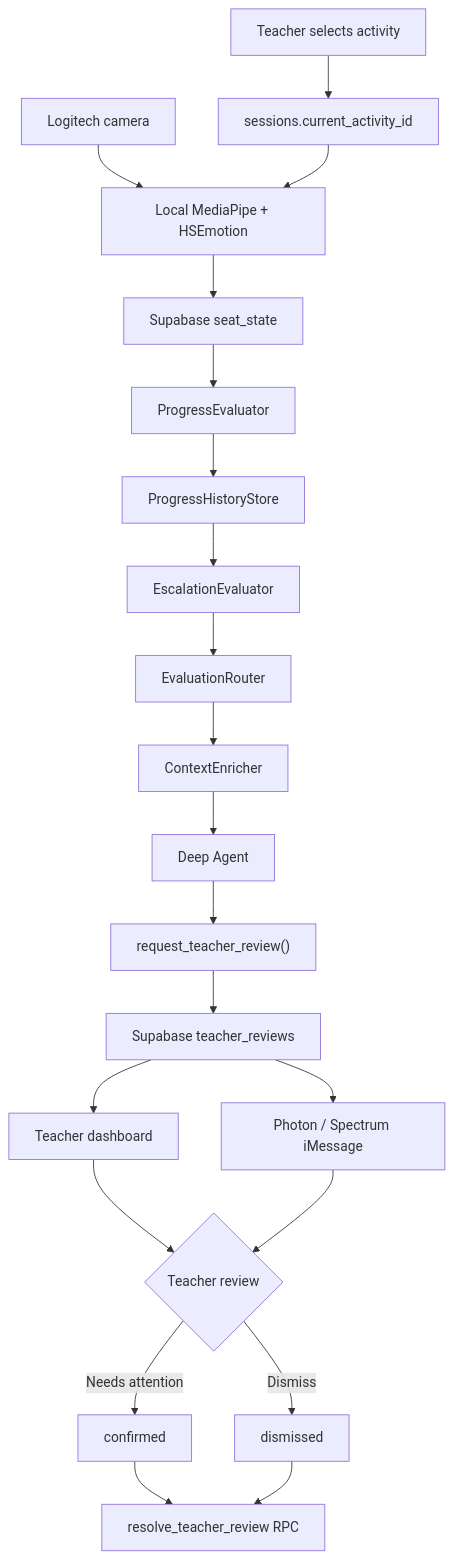
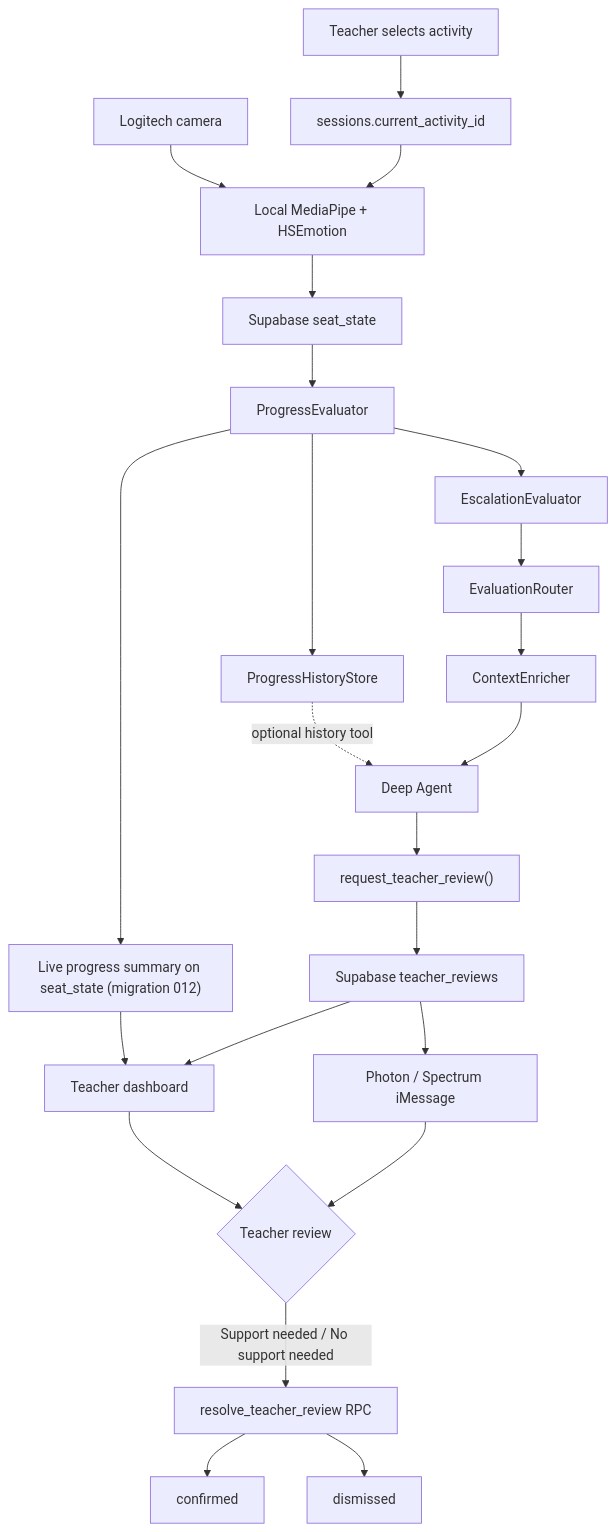
The diagram in README.md (keithw24/cues), drawn with Mermaid before and after one commit. The commit also changed other lines of this file and 23 other files, not shown here.

````diff
--- a/README.md
+++ b/README.md
@@ -6,30 +6,31 @@
 ```mermaid
 flowchart TD
     A["Teacher selects activity"] --> B["sessions.current_activity_id"]
 
     C["Logitech camera"] --> D["Local MediaPipe + HSEmotion"]
     B --> D
 
     D --> E["Supabase seat_state"]
     E --> F["ProgressEvaluator"]
     F --> G["ProgressHistoryStore"]
-    G --> H["EscalationEvaluator"]
+    F --> H["EscalationEvaluator"]
+    G -. optional history tool .-> K
+    F --> LP["Live progress summary on seat_state (migration 012)"]
+    LP --> N
     H --> I["EvaluationRouter"]
     I --> J["ContextEnricher"]
     J --> K["Deep Agent"]
 
     K --> L["request_teacher_review()"]
     L --> M["Supabase teacher_reviews"]
 
     M --> N["Teacher dashboard"]
     M --> O["Photon / Spectrum iMessage"]
 
     N --> P{"Teacher review"}
     O --> P
 
-    P -->|Needs attention| Q["confirmed"]
-    P -->|Dismiss| R["dismissed"]
-
-    Q --> S["resolve_teacher_review RPC"]
-    R --> S
+    P -->|Support needed / No support needed| S["resolve_teacher_review RPC"]
+    S --> Q["confirmed"]
+    S --> R["dismissed"]
 ```
````
